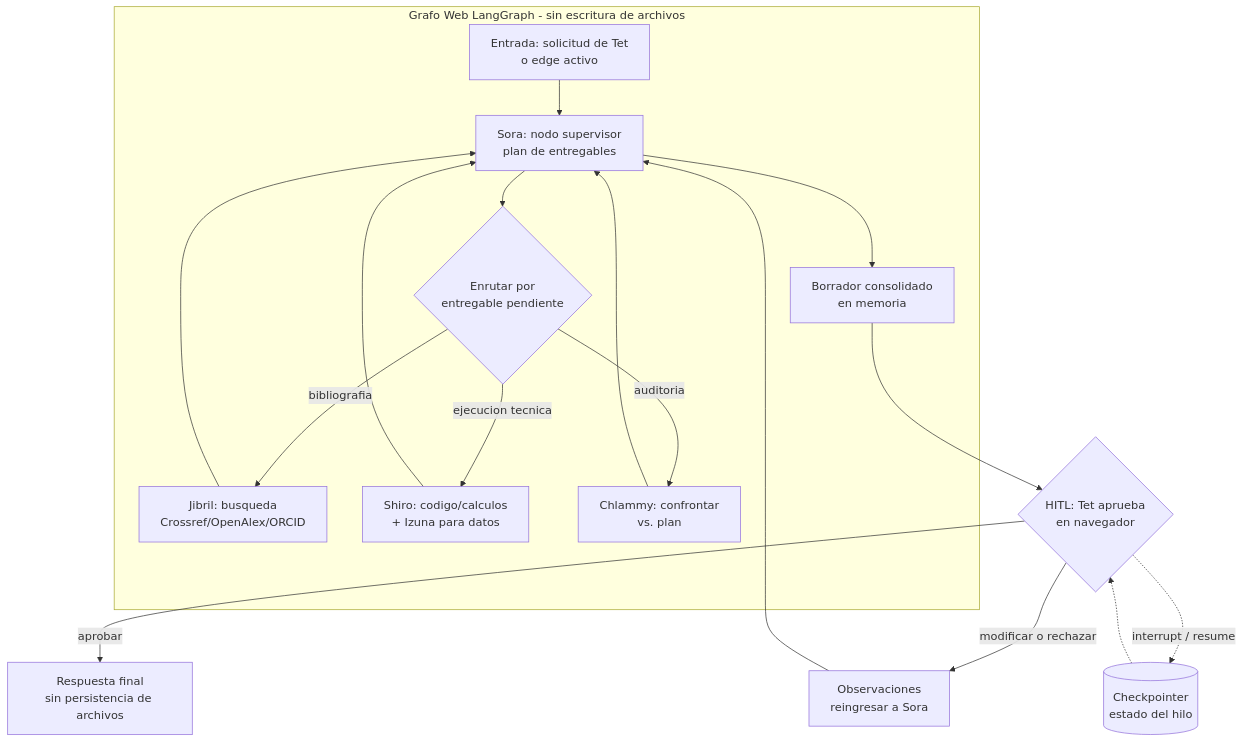
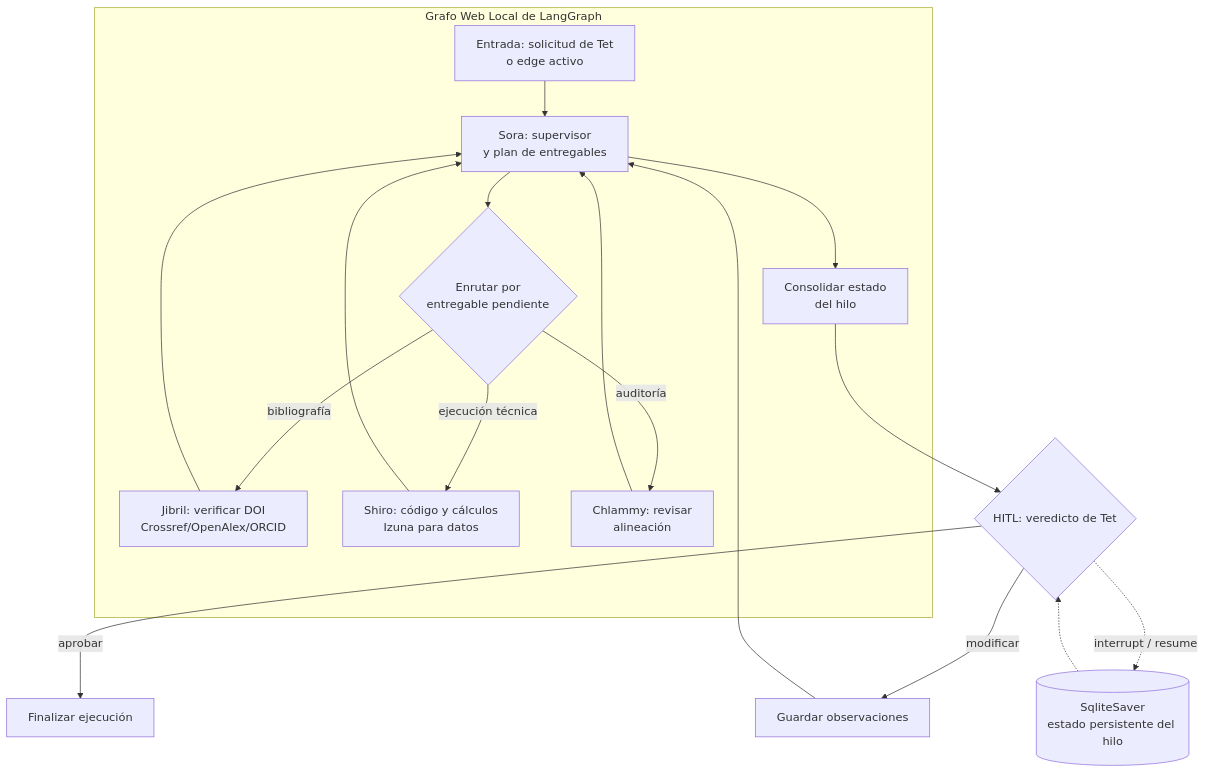
The third of 3 diagrams in README.md (Suniaster-Tet/Disboard-NGNL), drawn with Mermaid before and after one commit. The commit also changed other lines of this file and 37 other files, not shown here.

````diff
--- a/README.md
+++ b/README.md
@@ -91,21 +130,21 @@
 ```mermaid
 flowchart TD
-    subgraph WEB["Grafo Web LangGraph - sin escritura de archivos"]
-        IN["Entrada: solicitud de Tet<br/>o edge activo"] --> SUPERVISOR["Sora: nodo supervisor<br/>plan de entregables"]
-        SUPERVISOR --> ROUTE{"Enrutar por<br/>entregable pendiente"}
-        ROUTE -->|bibliografia| JIBRIL["Jibril: busqueda<br/>Crossref/OpenAlex/ORCID"]
-        ROUTE -->|ejecucion tecnica| SHIRO["Shiro: codigo/calculos<br/>+ Izuna para datos"]
-        ROUTE -->|auditoria| CHLAMMY["Chlammy: confrontar<br/>vs. plan"]
-        JIBRIL --> SUPERVISOR
-        SHIRO --> SUPERVISOR
-        CHLAMMY --> SUPERVISOR
-        SUPERVISOR --> DRAFT["Borrador consolidado<br/>en memoria"]
-    end
+   subgraph WEB["Grafo Web Local de LangGraph"]
+      IN["Entrada: solicitud de Tet<br/>o edge activo"] --> SUPERVISOR["Sora: supervisor<br/>y plan de entregables"]
+      SUPERVISOR --> ROUTE{"Enrutar por<br/>entregable pendiente"}
+      ROUTE -->|bibliografía| JIBRIL["Jibril: verificar DOI<br/>Crossref/OpenAlex/ORCID"]
+      ROUTE -->|ejecución técnica| SHIRO["Shiro: código y cálculos<br/>Izuna para datos"]
+      ROUTE -->|auditoría| CHLAMMY["Chlammy: revisar<br/>alineación"]
+      JIBRIL --> SUPERVISOR
+      SHIRO --> SUPERVISOR
+      CHLAMMY --> SUPERVISOR
+      SUPERVISOR --> DRAFT["Consolidar estado<br/>del hilo"]
+   end
 
-    DRAFT --> HITL_WEB{"HITL: Tet aprueba<br/>en navegador"}
-    HITL_WEB -->|aprobar| RESP["Respuesta final<br/>sin persistencia de archivos"]
-    HITL_WEB -->|modificar o rechazar| OBS["Observaciones<br/>reingresar a Sora"]
-    OBS --> SUPERVISOR
-    HITL_WEB -.->|interrupt / resume| CKPT[("Checkpointer<br/>estado del hilo")]
-    CKPT -.-> HITL_WEB
+   DRAFT --> HITL{"HITL: veredicto de Tet"}
+   HITL -->|aprobar| RESP["Finalizar ejecución"]
+   HITL -->|modificar| OBS["Guardar observaciones"]
+   OBS --> SUPERVISOR
+   HITL -.->|interrupt / resume| CKPT[("SqliteSaver<br/>estado persistente del hilo")]
+   CKPT -.-> HITL
 ```
````
